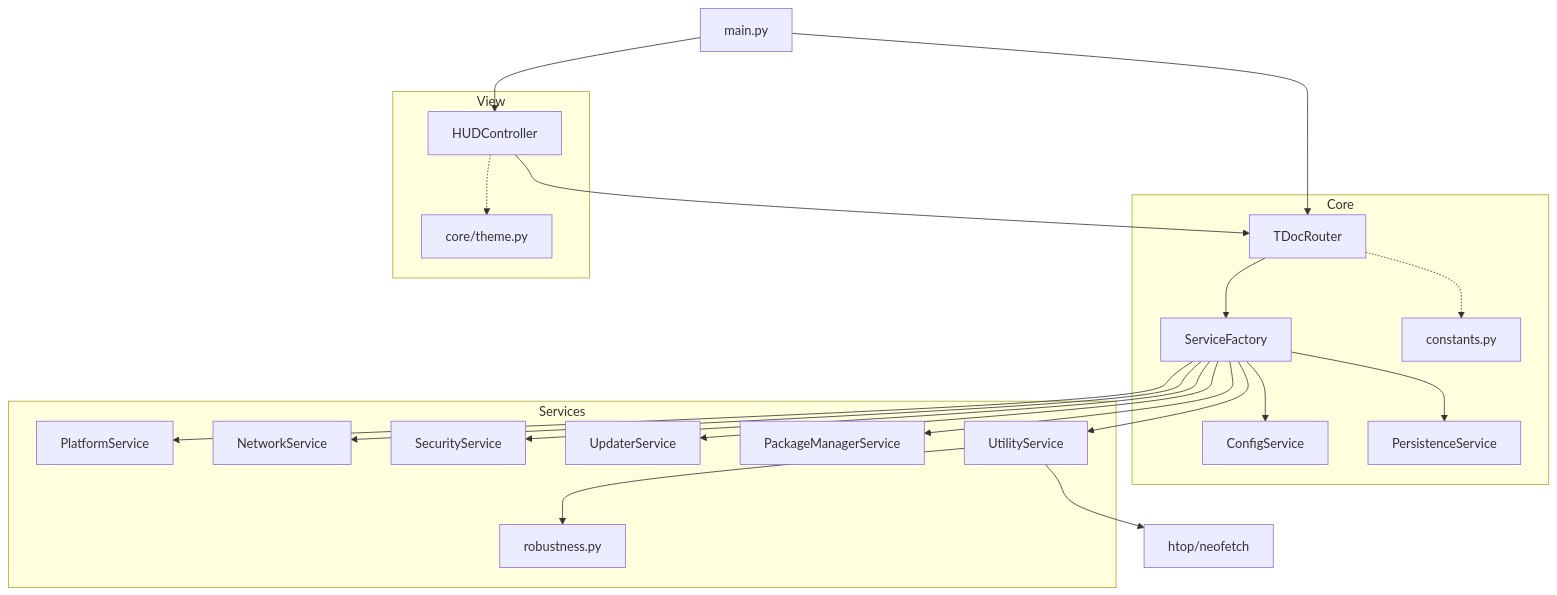
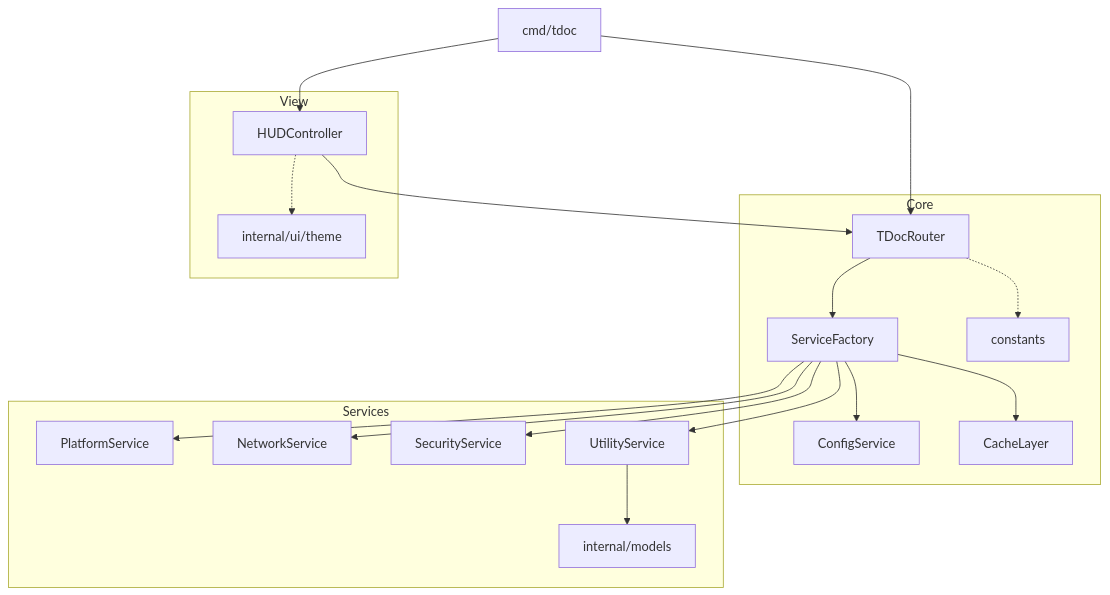
The diagram in docs/structure.mmd (FJ-cyberzilla/Tdoc), drawn with Mermaid before and after one commit. The commit also changed 7 other files, not shown here.

```diff
--- a/docs/structure.mmd
+++ b/docs/structure.mmd
@@ -1,51 +1,46 @@
 graph TD
     %% Main Entry
-    Main[main.py] --> Router[TDocRouter]
+    Main[cmd/tdoc] --> Router[TDocRouter]
     Main --> HUD[HUDController]
     
     %% UI interactions
     HUD --> Router
     
     %% Routing Logic
     Router --> Factory[ServiceFactory]
     
     %% Services
     Factory --> Platform[PlatformService]
     Factory --> Network[NetworkService]
     Factory --> Security[SecurityService]
-    Factory --> Updater[UpdaterService]
-    Factory --> PkgMgr[PackageManagerService]
     Factory --> Util[UtilityService]
     Factory --> Config[ConfigService]
-    Factory --> Persistence[PersistenceService]
+    Factory --> Cache[CacheLayer]
     
-    %% Utility Tools
-    Util --> Tools[htop/neofetch]
-    Util --> Robustness[robustness.py]
+    %% Models
+    Util --> Models[internal/models]
     
     %% Styles & Constants
-    Router -.-> Const[constants.py]
-    HUD -.-> Theme[core/theme.py]
+    Router -.-> Const[constants]
+    HUD -.-> Theme[internal/ui/theme]
 
     subgraph Core
     Router
     Factory
     Const
     Config
-    Persistence
+    Cache
     end
 
     subgraph Services
     Platform
     Network
     Security
-    Updater
-    PkgMgr
     Util
-    Robustness
+    Models
     end
     
     subgraph View
     HUD
     Theme
     end
```
